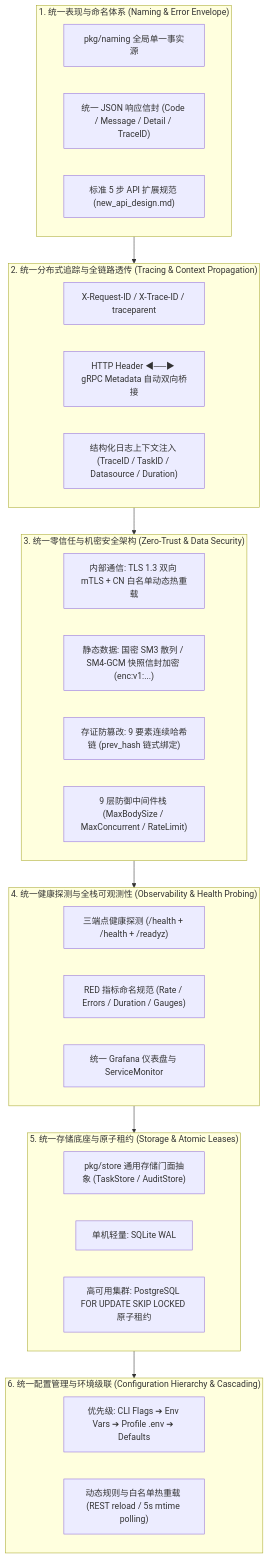
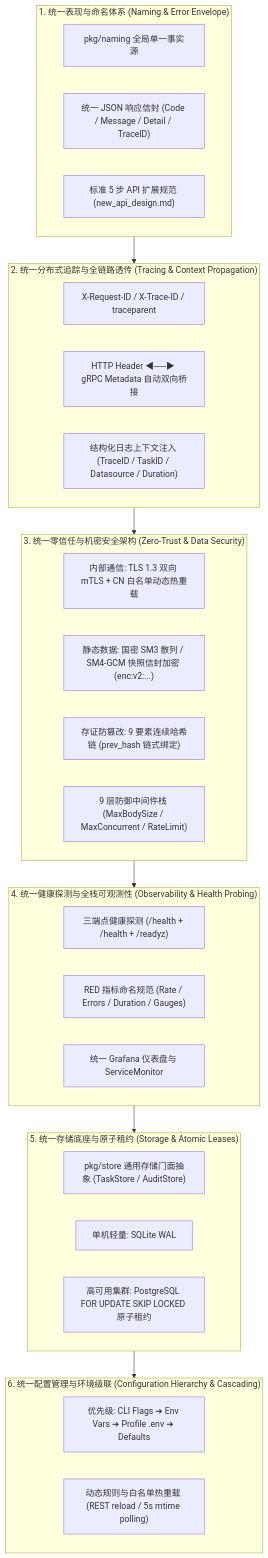
The first of 2 diagrams in docs/architecture/unified_design_specifications.md (fengzhizi319/PrivShield-go), drawn with Mermaid before and after one commit. The commit also changed other lines of this file and 10 other files, not shown here.

Commit message:
docs(architecture): align all architecture documents with v3.0 specification

````diff
--- a/docs/architecture/unified_design_specifications.md
+++ b/docs/architecture/unified_design_specifications.md
@@ -39,40 +39,40 @@
 ```mermaid
 flowchart TD
     subgraph S1 ["1. 统一表现与命名体系 (Naming & Error Envelope)"]
         SSOT["pkg/naming 全局单一事实源"]
         Envelope["统一 JSON 响应信封 (Code / Message / Detail / TraceID)"]
         NewAPI["标准 5 步 API 扩展规范 (new_api_design.md)"]
     end
 
     subgraph S2 ["2. 统一分布式追踪与全链路透传 (Tracing & Context Propagation)"]
         TraceID["X-Request-ID / X-Trace-ID / traceparent"]
         Bridge["HTTP Header ◀──▶ gRPC Metadata 自动双向桥接"]
         LogCtx["结构化日志上下文注入 (TraceID / TaskID / Datasource / Duration)"]
     end
 
     subgraph S3 ["3. 统一零信任与机密安全架构 (Zero-Trust & Data Security)"]
         mTLS["内部通信: TLS 1.3 双向 mTLS + CN 白名单动态热重载"]
-        EnvelopeEnc["静态数据: 国密 SM3 散列 / SM4-GCM 快照信封加密 (enc:v1:...)"]
+        EnvelopeEnc["静态数据: 国密 SM3 散列 / SM4-GCM 快照信封加密 (enc:v2:...)"]
         HashChain["存证防篡改: 9 要素连续哈希链 (prev_hash 链式绑定)"]
         DDoSMW["9 层防御中间件栈 (MaxBodySize / MaxConcurrent / RateLimit)"]
     end
 
     subgraph S4 ["4. 统一健康探测与全栈可观测性 (Observability & Health Probing)"]
         DualProbe["三端点健康探测 (/health + /health + /readyz)"]
         PromMetrics["RED 指标命名规范 (Rate / Errors / Duration / Gauges)"]
         GrafanaDash["统一 Grafana 仪表盘与 ServiceMonitor"]
     end
 
     subgraph S5 ["5. 统一存储底座与原子租约 (Storage & Atomic Leases)"]
         StoreFacade["pkg/store 通用存储门面抽象 (TaskStore / AuditStore)"]
         SQLiteStore["单机轻量: SQLite WAL"]
         PGStore["高可用集群: PostgreSQL FOR UPDATE SKIP LOCKED 原子租约"]
     end
 
     subgraph S6 ["6. 统一配置管理与环境级联 (Configuration Hierarchy & Cascading)"]
         Hierarchy["优先级: CLI Flags ➔ Env Vars ➔ Profile .env ➔ Defaults"]
         HotReload["动态规则与白名单热重载 (REST reload / 5s mtime polling)"]
     end
 
     S1 --> S2 --> S3 --> S4 --> S5 --> S6
 ```
````
